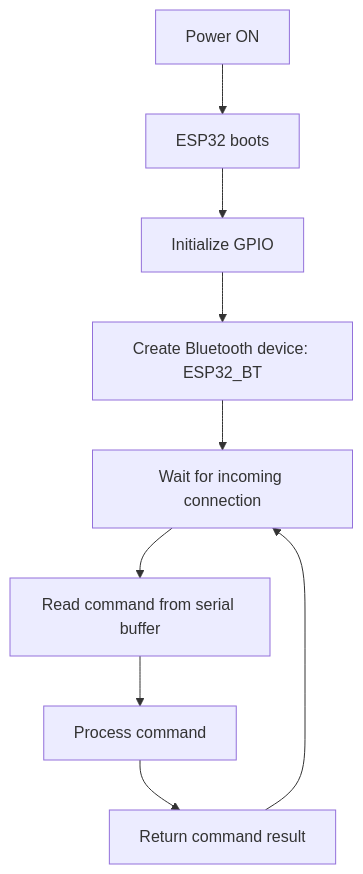
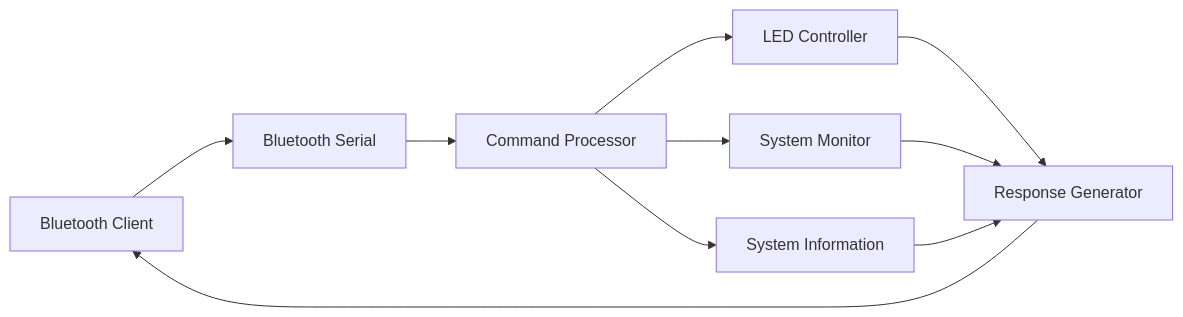
Before and after one commit to paulocfmarques-collab/esp32_bluetooth: the fourth of 4 diagrams in README.md, drawn with Mermaid. The commit also changed other lines of this file, not shown here.

First line of the commit message:
Revise README for Bluetooth Device Management

````diff
--- a/README.md
+++ b/README.md
@@ -312,11 +380,18 @@
 ```mermaid
-flowchart TD
-    A[Power ON] --> B[ESP32 boots]
-    B --> C[Initialize GPIO]
-    C --> D[Create Bluetooth device: ESP32_BT]
-    D --> E[Wait for incoming connection]
-    E --> F[Read command from serial buffer]
-    F --> G[Process command]
-    G --> H[Return command result]
-    H --> E
+flowchart LR
+
+    CLIENT[Bluetooth Client]
+        --> BT[Bluetooth Serial]
+
+    BT --> CMD[Command Processor]
+
+    CMD --> LED[LED Controller]
+    CMD --> MON[System Monitor]
+    CMD --> INFO[System Information]
+
+    LED --> RESPONSE[Response Generator]
+    MON --> RESPONSE
+    INFO --> RESPONSE
+
+    RESPONSE --> CLIENT
 ```
````
